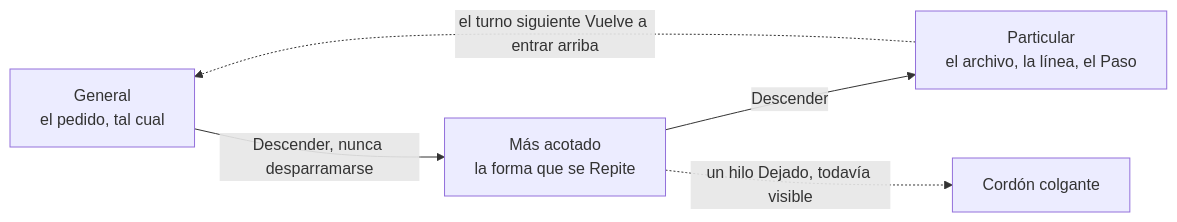
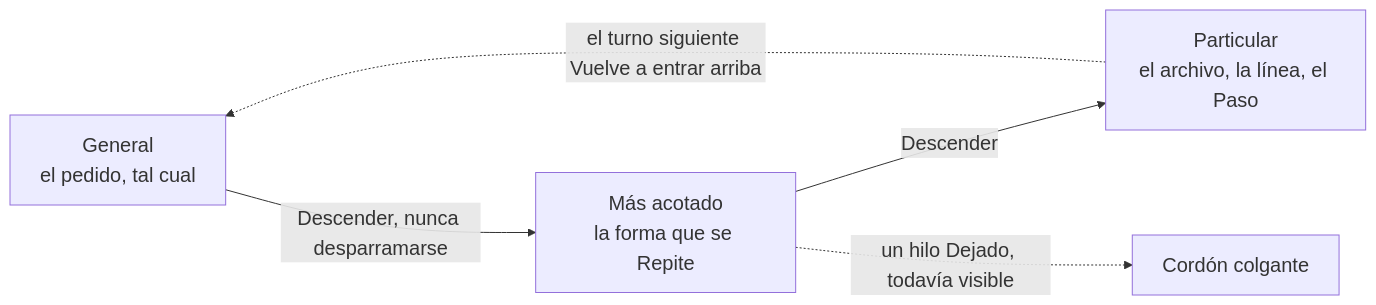
Before and after one commit to cangrejometralleta/OneTwoThree: the eighth of 11 diagrams in docs/presentation.es.md, drawn with Mermaid. The commit also changed other lines of this file and 1 other file, not shown here.

````diff
--- a/docs/presentation.es.md
+++ b/docs/presentation.es.md
@@ -264,10 +269,11 @@
 ```mermaid
+%%{init: {"flowchart": {"nodeSpacing": 90, "rankSpacing": 110}, "themeVariables": {"fontSize": "20px"}}}%%
 flowchart LR
     GENERAL["General<br/>el pedido, tal cual"]
     MIDDLE["Más acotado<br/>la forma que se Repite"]
     PARTICULAR["Particular<br/>el archivo, la línea, el Paso"]
     GENERAL -->|"Descender, nunca desparramarse"| MIDDLE
     MIDDLE -->|"Descender"| PARTICULAR
     MIDDLE -.->|"un hilo Dejado, todavía visible"| BRANCH["Cordón colgante"]
     PARTICULAR -.->|"el turno siguiente Vuelve a entrar arriba"| GENERAL
 ```
````
